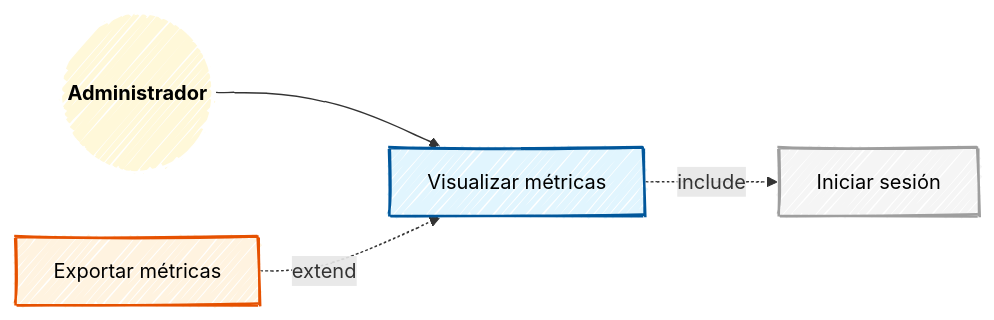
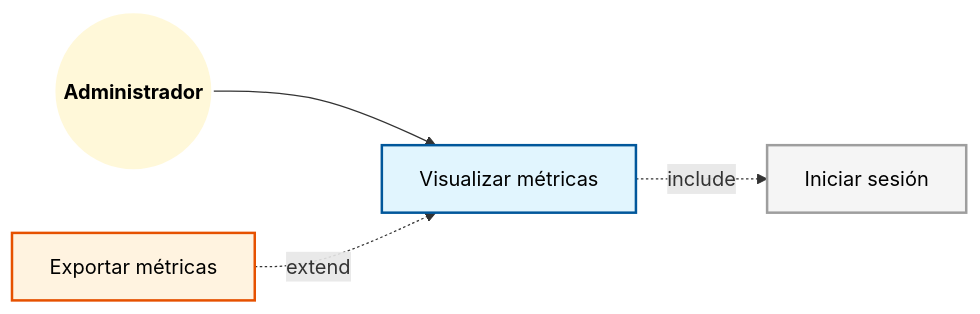
Before and after one commit to OnyxVariables/AGORA: the tenth of 11 diagrams in docs/casosUso.md, drawn with Mermaid. The commit also changed other lines of this file, not shown here.

````diff
--- a/docs/casosUso.md
+++ b/docs/casosUso.md
@@ -260,16 +224,12 @@
 ```mermaid
----
-config:
-  look: handDrawn
----
 graph LR
     classDef actor fill:#fff8d9,stroke:#fff,stroke-width:2px,color:#000
     classDef primario fill:#e1f5fe,stroke:#01579b,stroke-width:2px,color:#000
     classDef soporte fill:#f5f5f5,stroke:#9e9e9e,stroke-width:2px,color:#000
     classDef extendido fill:#fff3e0,stroke:#e65100,stroke-width:2px,color:#000
 
     Administrador((<b>Administrador</b>)):::actor
     Administrador --> UC_Metricas[Visualizar métricas]:::primario
     UC_Metricas -.->|include| UC_Login[Iniciar sesión]:::soporte
     UC_Exportar[Exportar métricas]:::extendido -.->|extend| UC_Metricas
 ``` 
````
